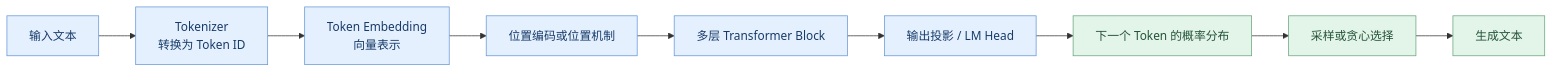
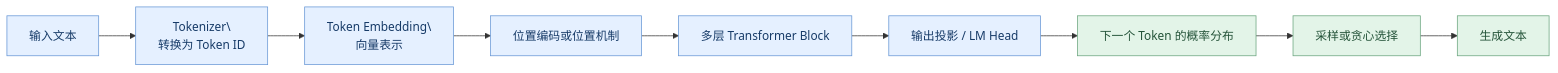
The first of 6 diagrams in 01-LLM-Fundamentals/01-Transformer.md (shufu151/Agent-Engineering-Handbook), drawn with Mermaid before and after one commit. The commit also changed other lines of this file, not shown here.

Commit message:
docs: fix transformer markdown rendering

````diff
--- a/01-LLM-Fundamentals/01-Transformer.md
+++ b/01-LLM-Fundamentals/01-Transformer.md
@@ -32,15 +44,29 @@
 ```mermaid
+
 flowchart LR
-    A[输入文本] --> B[Tokenizer<br/>转换为 Token ID]
-    B --> C[Token Embedding<br/>向量表示]
-    C --> D[位置编码或位置机制]
-    D --> E[多层 Transformer Block]
-    E --> F[输出投影 / LM Head]
-    F --> G[下一个 Token 的概率分布]
-    G --> H[采样或贪心选择]
-    H --> I[生成文本]
-    classDef blue fill:#e5f0ff,stroke:#6696d5,color:#173b68;
-    classDef green fill:#e3f4e8,stroke:#69a47d,color:#245339;
-    class A,B,C,D,E,F blue;
-    class G,H,I green;
+
+    A[输入文本] --> B[Tokenizer\<br/>转换为 Token ID]
+
+    B --> C[Token Embedding\<br/>向量表示]
+
+    C --> D[位置编码或位置机制]
+
+    D --> E[多层 Transformer Block]
+
+    E --> F[输出投影 / LM Head]
+
+    F --> G[下一个 Token 的概率分布]
+
+    G --> H[采样或贪心选择]
+
+    H --> I[生成文本]
+
+    classDef blue fill:#e5f0ff,stroke:#6696d5,color:#173b68;
+
+    classDef green fill:#e3f4e8,stroke:#69a47d,color:#245339;
+
+    class A,B,C,D,E,F blue;
+
+    class G,H,I green;
+
 ```
````
